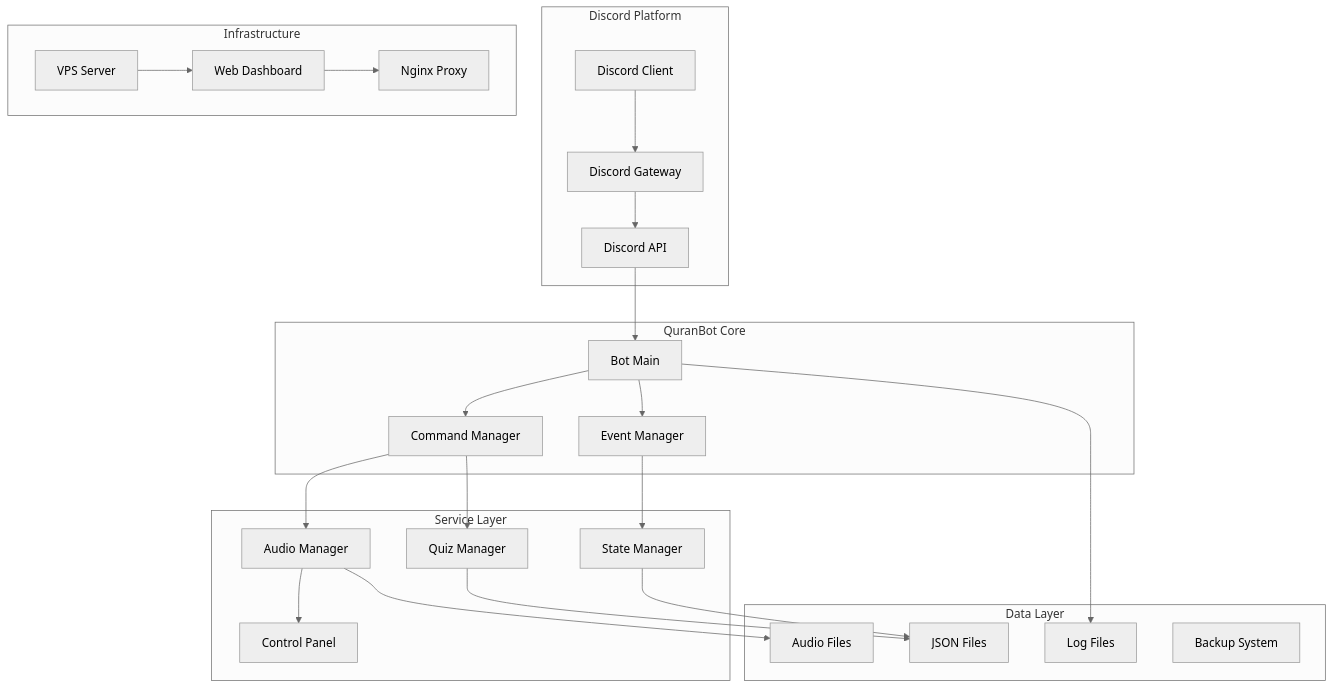
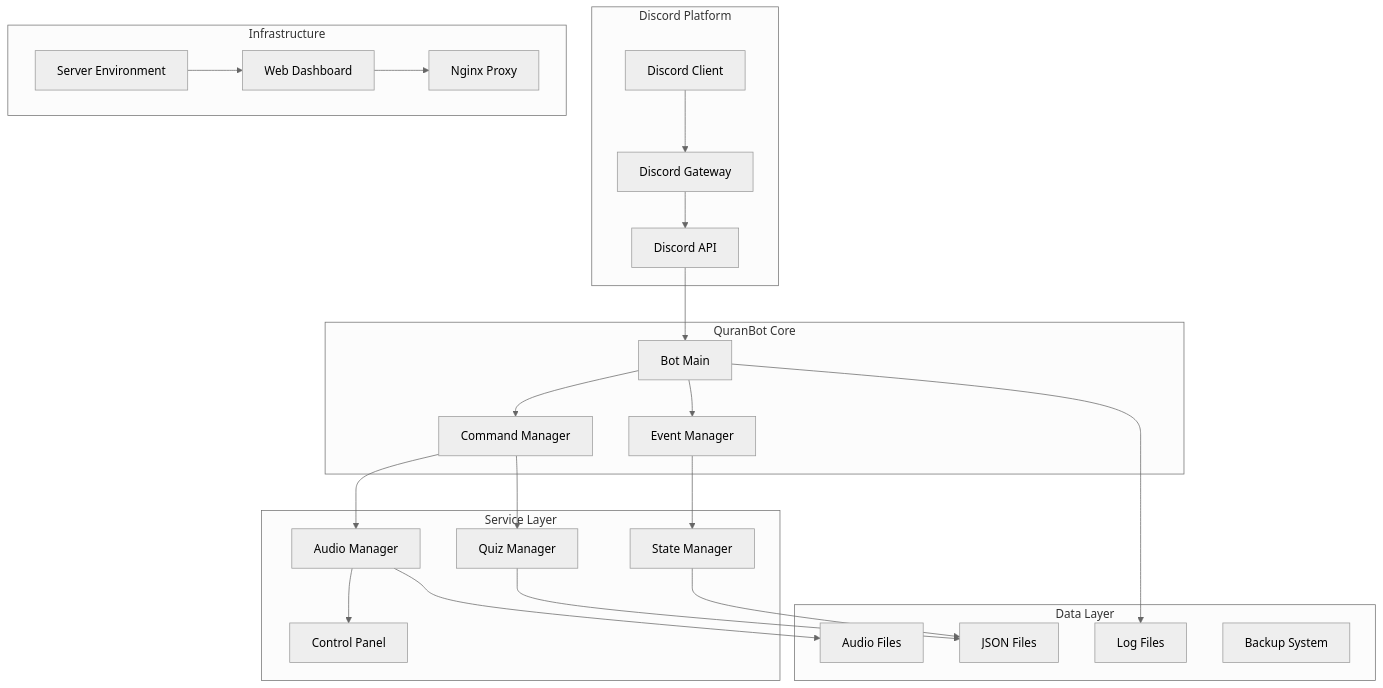
Before and after one commit to trippixn963/QuranBot: the first of 12 diagrams in docs/ARCHITECTURE.md, drawn with Mermaid (neutral theme). The commit also changed other lines of this file and 32 other files, not shown here.

````diff
--- a/docs/ARCHITECTURE.md
+++ b/docs/ARCHITECTURE.md
@@ -34,50 +34,50 @@
 ```mermaid
 graph TB
     subgraph "Discord Platform"
         DC[Discord Client]
         DG[Discord Gateway]
         DA[Discord API]
     end
     
     subgraph "QuranBot Core"
         BM[Bot Main]
         CM[Command Manager]
         EM[Event Manager]
     end
     
     subgraph "Service Layer"
         AM[Audio Manager]
         QM[Quiz Manager]
         SM[State Manager]
         CP[Control Panel]
     end
     
     subgraph "Data Layer"
         JSON[JSON Files]
         AUDIO[Audio Files]
         LOGS[Log Files]
         BACKUP[Backup System]
     end
     
     subgraph "Infrastructure"
-        VPS[VPS Server]
+        SRV[Server Environment]
         WD[Web Dashboard]
         NGINX[Nginx Proxy]
     end
     
     DC --> DG
     DG --> DA
     DA --> BM
     BM --> CM
     BM --> EM
     CM --> AM
     CM --> QM
     EM --> SM
     AM --> CP
     QM --> JSON
     SM --> JSON
     AM --> AUDIO
     BM --> LOGS
-    VPS --> WD
+    SRV --> WD
     WD --> NGINX
 ```
````
